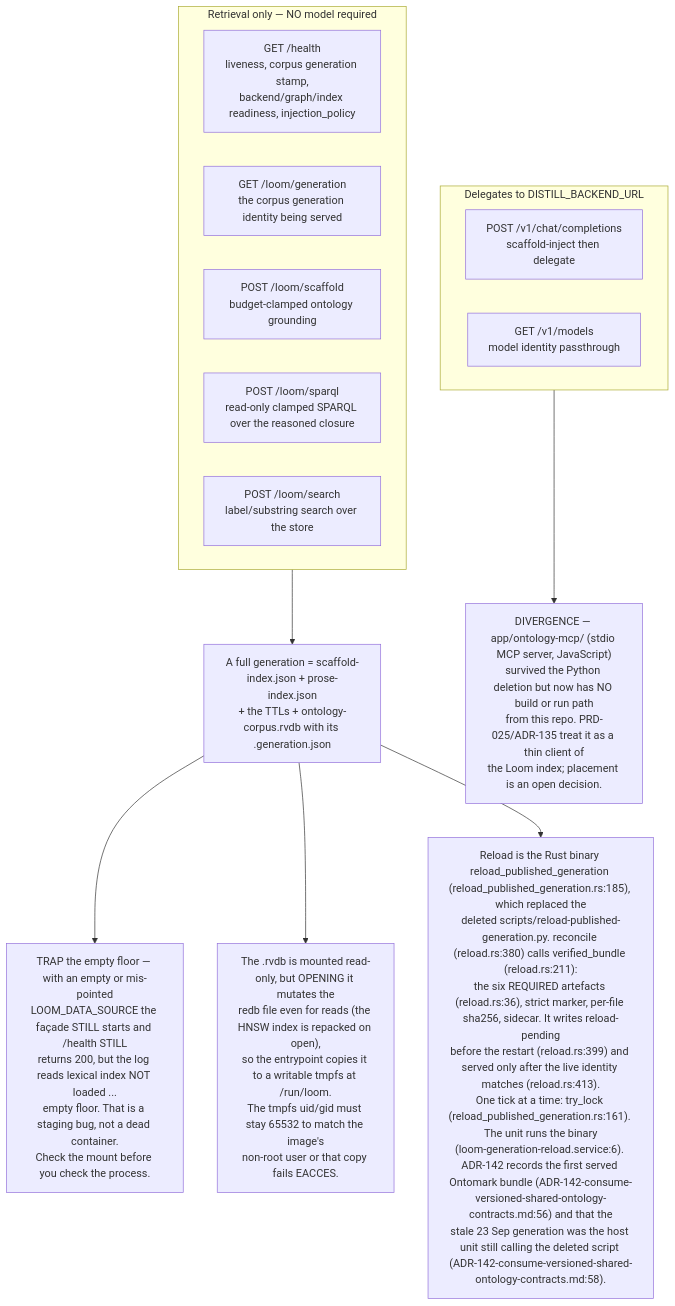
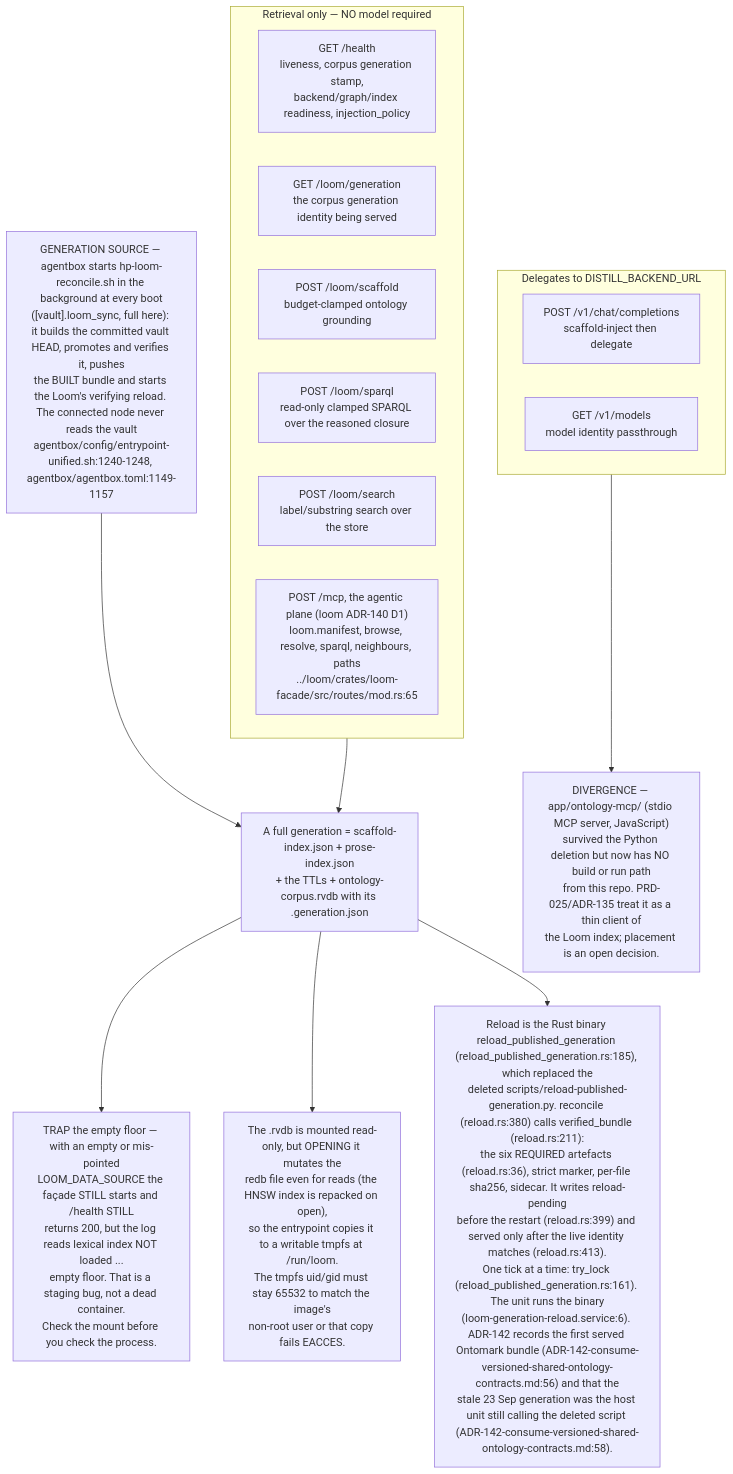
One commit to DreamLab-AI/VisionFlow changed the sixth of 11 diagrams in docs/diagrams/estate/06-loom-and-email-privacy-path.md. Above: the diagram before and after it, drawn with Mermaid. The commit also changed other lines of this file and 160 other files, not shown here.

````diff
--- a/docs/diagrams/estate/06-loom-and-email-privacy-path.md
+++ b/docs/diagrams/estate/06-loom-and-email-privacy-path.md
@@ -195,25 +205,29 @@
 ```mermaid
 flowchart TB
     subgraph nomodel["Retrieval only — NO model required"]
         E1["GET /health<br/>liveness, corpus generation stamp,<br/>backend/graph/index readiness, injection_policy"]
         E2["GET /loom/generation<br/>the corpus generation identity being served"]
         E3["POST /loom/scaffold<br/>budget-clamped ontology grounding"]
         E4["POST /loom/sparql<br/>read-only clamped SPARQL over the reasoned closure"]
         E5["POST /loom/search<br/>label/substring search over the store"]
+        E8["POST /mcp, the agentic plane (loom ADR-140 D1)<br/>loom.manifest, browse, resolve, sparql, neighbours, paths<br/>../loom/crates/loom-facade/src/routes/mod.rs:65"]
     end
     subgraph needsmodel["Delegates to DISTILL_BACKEND_URL"]
         E6["POST /v1/chat/completions<br/>scaffold-inject then delegate"]
         E7["GET /v1/models<br/>model identity passthrough"]
     end
     GEN["A full generation = scaffold-index.json + prose-index.json<br/>+ the TTLs + ontology-corpus.rvdb with its .generation.json"]
     T1["TRAP the empty floor — with an empty or mis-pointed<br/>LOOM_DATA_SOURCE the façade STILL starts and /health STILL<br/>returns 200, but the log reads lexical index NOT loaded ...<br/>empty floor. That is a staging bug, not a dead container.<br/>Check the mount before you check the process."]
     T2["The .rvdb is mounted read-only, but OPENING it mutates the<br/>redb file even for reads (the HNSW index is repacked on open),<br/>so the entrypoint copies it to a writable tmpfs at /run/loom.<br/>The tmpfs uid/gid must stay 65532 to match the image's<br/>non-root user or that copy fails EACCES."]
     D1["Reload is the Rust binary reload_published_generation (reload_published_generation.rs:185), which replaced the<br/>deleted scripts/reload-published-generation.py. reconcile (reload.rs:380) calls verified_bundle (reload.rs:211):<br/>the six REQUIRED artefacts (reload.rs:36), strict marker, per-file sha256, sidecar. It writes reload-pending<br/>before the restart (reload.rs:399) and served only after the live identity matches (reload.rs:413).<br/>One tick at a time: try_lock (reload_published_generation.rs:161). The unit runs the binary<br/>(loom-generation-reload.service:6). ADR-142 records the first served Ontomark bundle (ADR-142-consume-versioned-shared-ontology-contracts.md:56) and that the<br/>stale 23 Sep generation was the host unit still calling the deleted script (ADR-142-consume-versioned-shared-ontology-contracts.md:58)."]
     D2["DIVERGENCE — app/ontology-mcp/ (stdio MCP server, JavaScript)<br/>survived the Python deletion but now has NO build or run path<br/>from this repo. PRD-025/ADR-135 treat it as a thin client of<br/>the Loom index; placement is an open decision."]
 
+    RECON["GENERATION SOURCE — agentbox starts hp-loom-reconcile.sh in the background at every boot<br/>([vault].loom_sync, full here): it builds the committed vault HEAD, promotes and verifies it, pushes<br/>the BUILT bundle and starts the Loom's verifying reload. The connected node never reads the vault<br/>agentbox/config/entrypoint-unified.sh:1240-1248, agentbox/agentbox.toml:1149-1157"]
+
     nomodel --> GEN
+    RECON --> GEN
     GEN --> T1
     GEN --> T2
     GEN --> D1
     needsmodel --> D2
 ```
````
